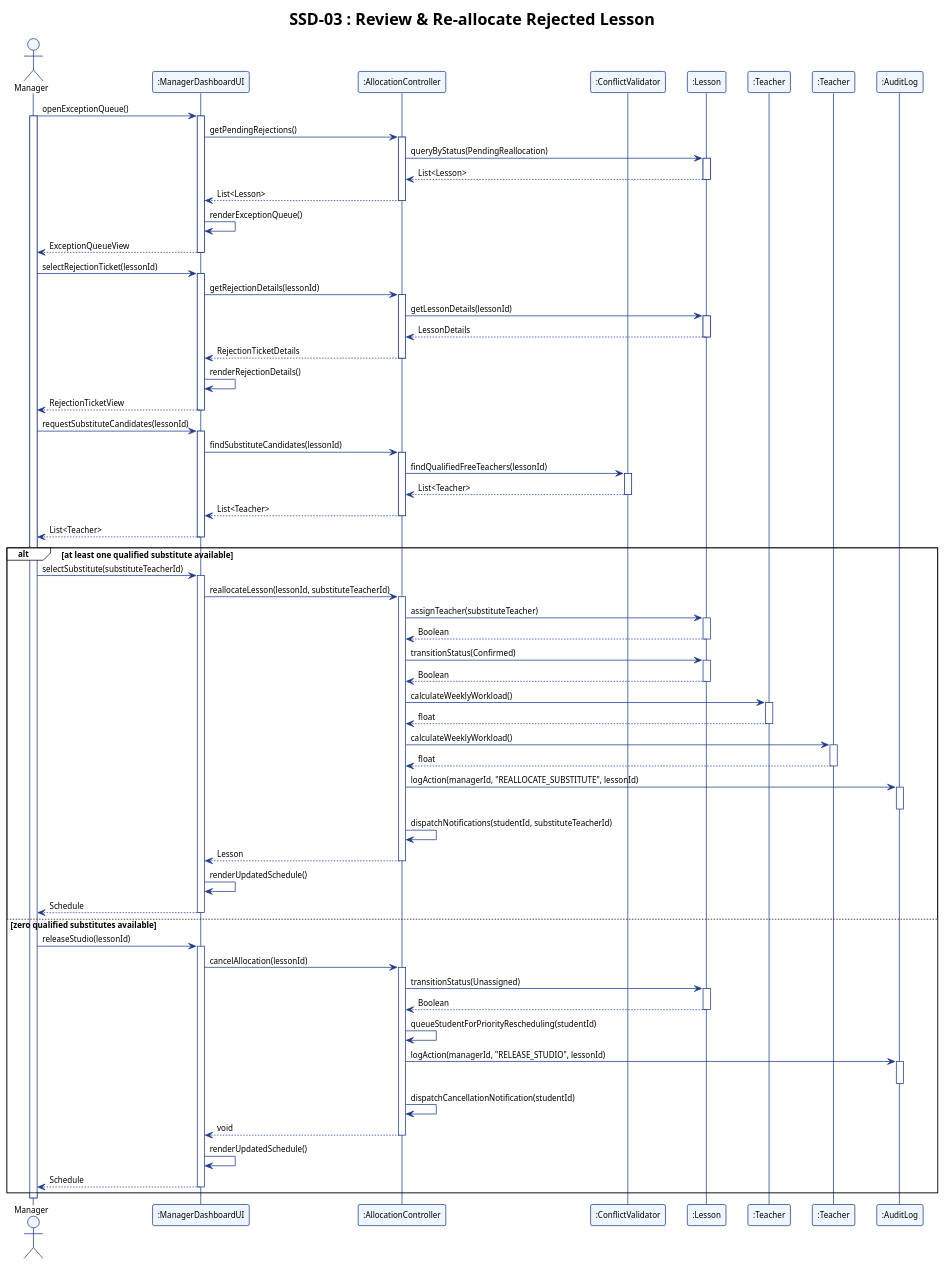
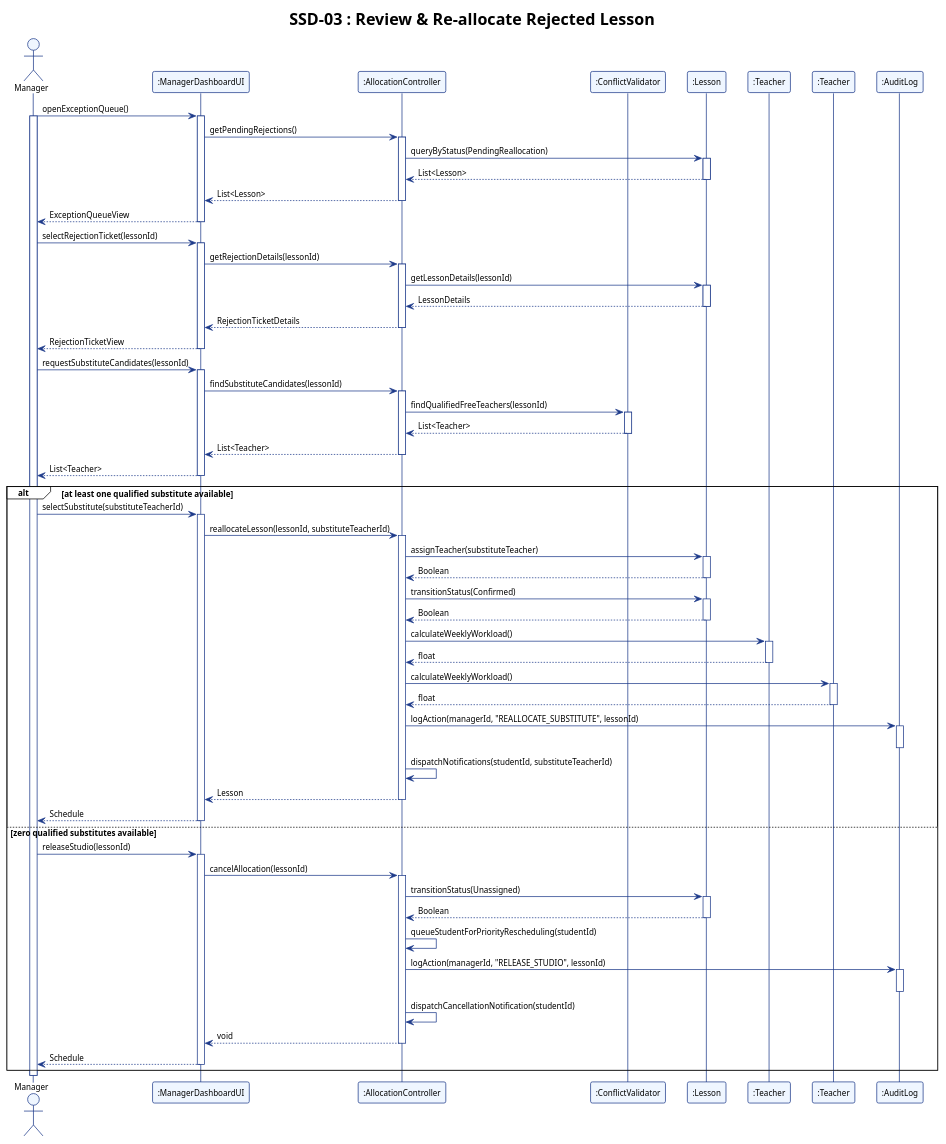
The diagram in report/assets/ssd_03.puml (adoreblvnk/2001temp), drawn with PlantUML before and after one commit. The commit also changed 27 other files, not shown here.

First line of the commit message:
fix(report): streamline sequence diagrams, remove LaTeX, and reformat appendix

```diff
--- a/report/assets/ssd_03.puml
+++ b/report/assets/ssd_03.puml
@@ -1,121 +1,117 @@
 @startuml ssd_03
 !theme plain
 skinparam shadowing false
 skinparam defaultFontName "Helvetica", "Arial", sans-serif
 skinparam defaultFontSize 11
 skinparam sequence {
     ParticipantBorderColor #1E3A8A
     ParticipantBackgroundColor #EFF6FF
     LifeLineBorderColor #1E3A8A
     LifeLineBackgroundColor #FFFFFF
     ArrowColor #1E3A8A
     ActorBorderColor #1E3A8A
     ActorBackgroundColor #EFF6FF
 }
 
 title SSD-03 : Review & Re-allocate Rejected Lesson
 
 actor Manager
 participant ":ManagerDashboardUI" as UI
 participant ":AllocationController" as AC
 participant ":ConflictValidator" as CV
 participant ":Lesson" as L
 participant ":Teacher" as T_Orig
 participant ":Teacher" as T_Sub
 participant ":AuditLog" as AL
 
 Manager -> UI : openExceptionQueue()
 activate Manager
 activate UI
 UI -> AC : getPendingRejections()
 activate AC
 AC -> L : queryByStatus(PendingReallocation)
 activate L
 L --> AC : List<Lesson>
 deactivate L
 AC --> UI : List<Lesson>
 deactivate AC
-UI -> UI : renderExceptionQueue()
 UI --> Manager : ExceptionQueueView
 deactivate UI
 
 Manager -> UI : selectRejectionTicket(lessonId)
 activate UI
 UI -> AC : getRejectionDetails(lessonId)
 activate AC
 AC -> L : getLessonDetails(lessonId)
 activate L
 L --> AC : LessonDetails
 deactivate L
 AC --> UI : RejectionTicketDetails
 deactivate AC
-UI -> UI : renderRejectionDetails()
 UI --> Manager : RejectionTicketView
 deactivate UI
 
 Manager -> UI : requestSubstituteCandidates(lessonId)
 activate UI
 UI -> AC : findSubstituteCandidates(lessonId)
 activate AC
 AC -> CV : findQualifiedFreeTeachers(lessonId)
 activate CV
 CV --> AC : List<Teacher>
 deactivate CV
 AC --> UI : List<Teacher>
 deactivate AC
 UI --> Manager : List<Teacher>
 deactivate UI
 
 alt at least one qualified substitute available
     Manager -> UI : selectSubstitute(substituteTeacherId)
     activate UI
     UI -> AC : reallocateLesson(lessonId, substituteTeacherId)
     activate AC
     AC -> L : assignTeacher(substituteTeacher)
     activate L
     L --> AC : Boolean
     deactivate L
     AC -> L : transitionStatus(Confirmed)
     activate L
     L --> AC : Boolean
     deactivate L
     AC -> T_Orig : calculateWeeklyWorkload()
     activate T_Orig
     T_Orig --> AC : float
     deactivate T_Orig
     AC -> T_Sub : calculateWeeklyWorkload()
     activate T_Sub
     T_Sub --> AC : float
     deactivate T_Sub
     AC -> AL : logAction(managerId, "REALLOCATE_SUBSTITUTE", lessonId)
     activate AL
     deactivate AL
     AC -> AC : dispatchNotifications(studentId, substituteTeacherId)
     AC --> UI : Lesson
     deactivate AC
-    UI -> UI : renderUpdatedSchedule()
     UI --> Manager : Schedule
     deactivate UI
 else zero qualified substitutes available
     Manager -> UI : releaseStudio(lessonId)
     activate UI
     UI -> AC : cancelAllocation(lessonId)
     activate AC
     AC -> L : transitionStatus(Unassigned)
     activate L
     L --> AC : Boolean
     deactivate L
     AC -> AC : queueStudentForPriorityRescheduling(studentId)
     AC -> AL : logAction(managerId, "RELEASE_STUDIO", lessonId)
     activate AL
     deactivate AL
     AC -> AC : dispatchCancellationNotification(studentId)
     AC --> UI : void
     deactivate AC
-    UI -> UI : renderUpdatedSchedule()
     UI --> Manager : Schedule
     deactivate UI
 end
 
 deactivate Manager
 @enduml
```
